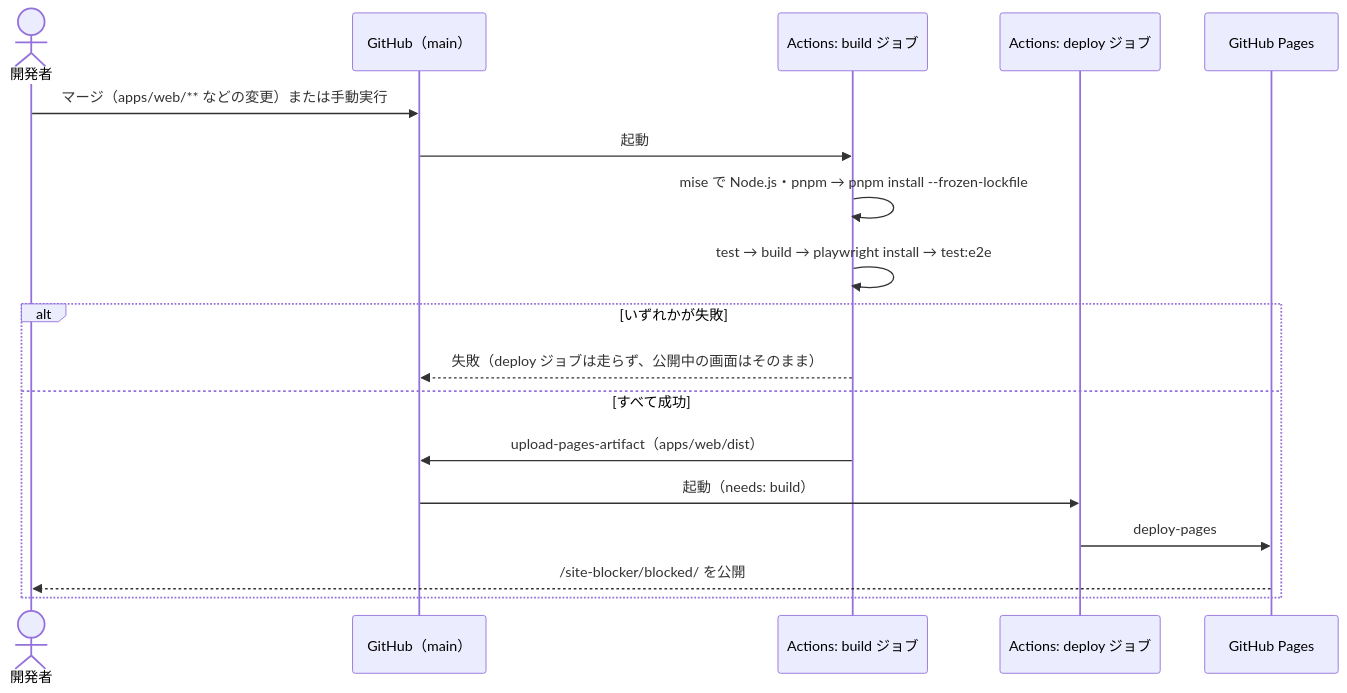
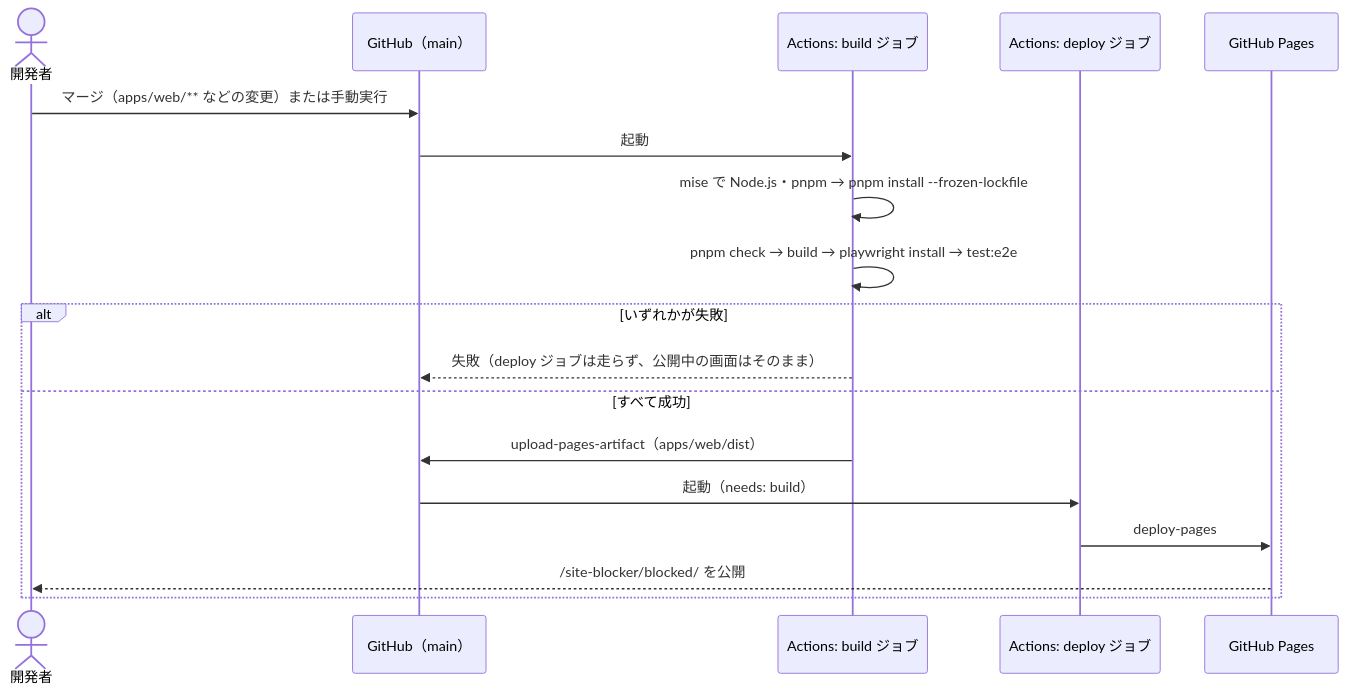
Before and after one commit to yoshipon-tech/site-blocker: the second of 2 diagrams in docs/specs/blocked-page/design.md, drawn with Mermaid. The commit also changed other lines of this file and 2 other files, not shown here.

````diff
--- a/docs/specs/blocked-page/design.md
+++ b/docs/specs/blocked-page/design.md
@@ -98,20 +98,20 @@
 ```mermaid
 sequenceDiagram
   actor Dev as 開発者
   participant GH as GitHub（main）
   participant Build as Actions: build ジョブ
   participant Deploy as Actions: deploy ジョブ
   participant Pages as GitHub Pages
   Dev->>GH: マージ（apps/web/** などの変更）または手動実行
   GH->>Build: 起動
   Build->>Build: mise で Node.js・pnpm → pnpm install --frozen-lockfile
-  Build->>Build: test → build → playwright install → test:e2e
+  Build->>Build: pnpm check → build → playwright install → test:e2e
   alt いずれかが失敗
     Build-->>GH: 失敗（deploy ジョブは走らず、公開中の画面はそのまま）
   else すべて成功
     Build->>GH: upload-pages-artifact（apps/web/dist）
     GH->>Deploy: 起動（needs: build）
     Deploy->>Pages: deploy-pages
     Pages-->>Dev: /site-blocker/blocked/ を公開
   end
 ```
````
